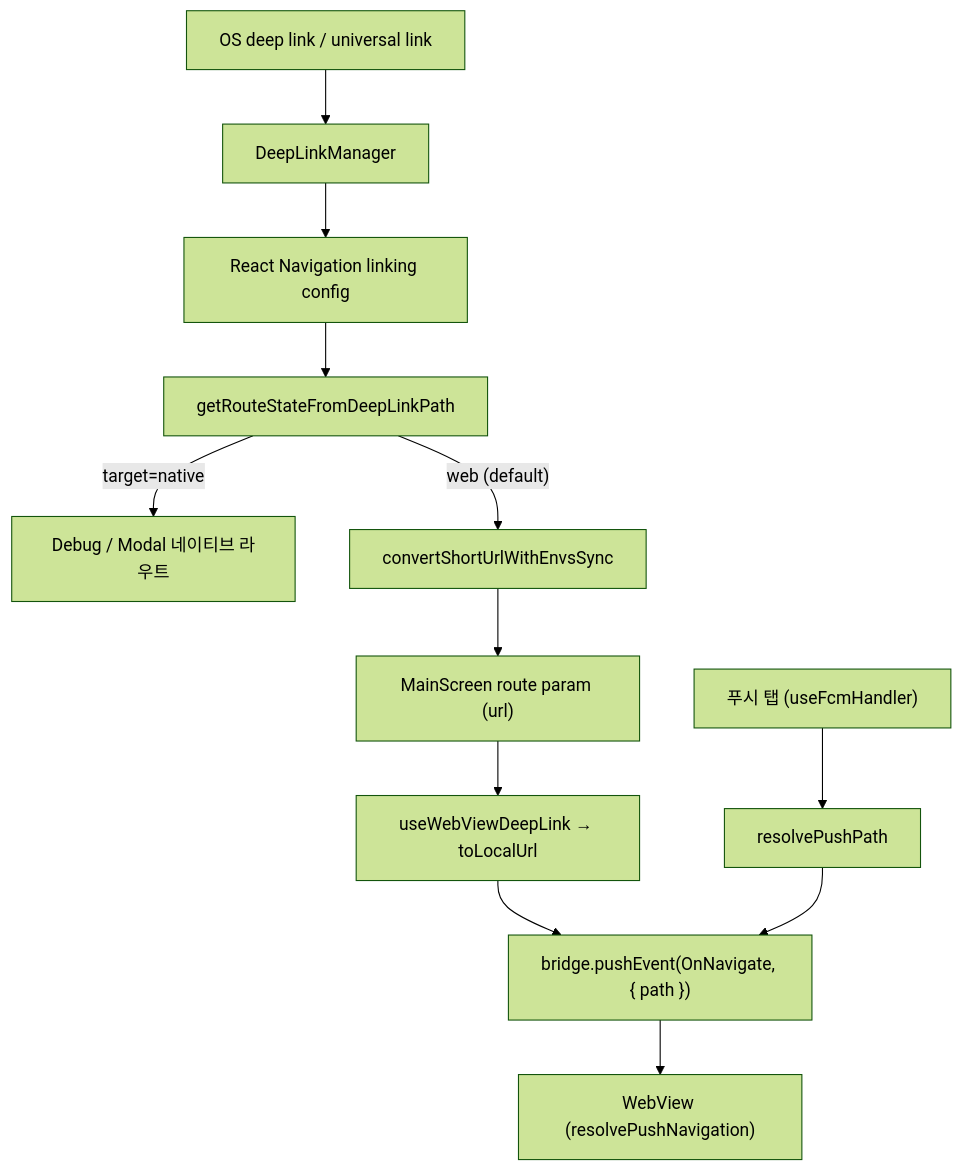
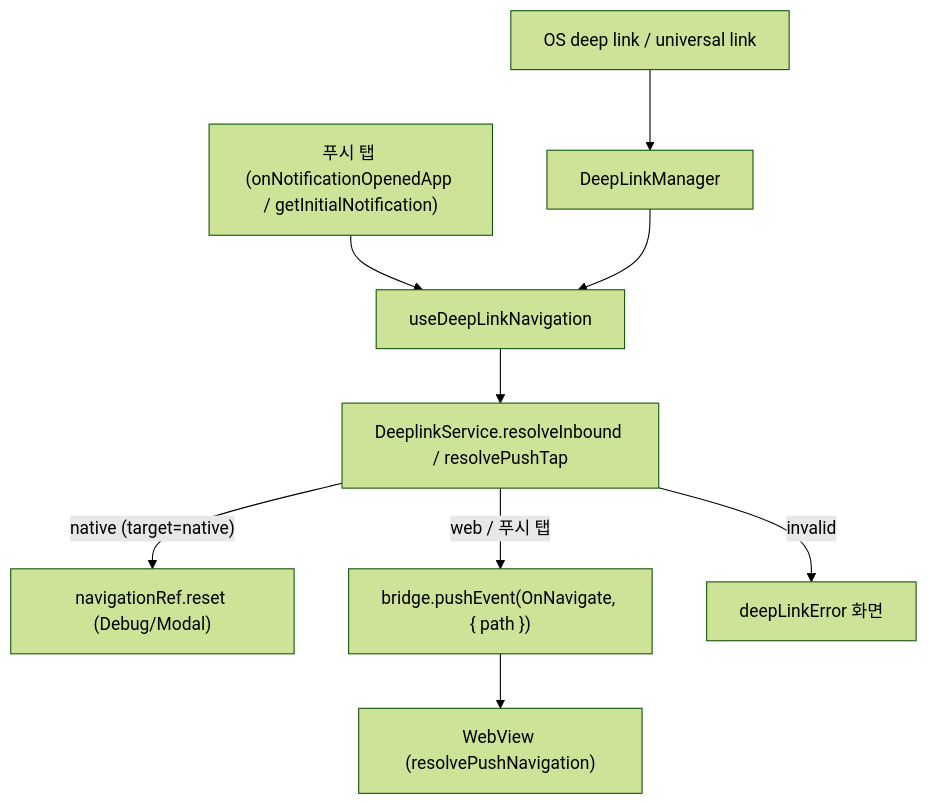
The diagram in apps/mobile/docs/deeplink.md (lemoncloud-io/dou-app), drawn with Mermaid (forest theme) before and after one commit. The commit also changed other lines of this file and 19 other files, not shown here.

First line of the commit message:
refactor(mobile/push-deeplink): converge inbound navigation on DeeplinkService + OnNavigate

````diff
--- a/apps/mobile/docs/deeplink.md
+++ b/apps/mobile/docs/deeplink.md
@@ -21,16 +21,11 @@
 ```mermaid
 flowchart TD
     OS["OS deep link / universal link"] --> Manager["DeepLinkManager"]
-    Manager --> Linking["React Navigation linking config"]
-    Linking --> RouteState["getRouteStateFromDeepLinkPath"]
-    RouteState -->|"target=native"| Native["Debug / Modal 네이티브 라우트"]
-    RouteState -->|"web (default)"| Convert["convertShortUrlWithEnvsSync"]
-    Convert --> Param["MainScreen route param (url)"]
-    Param --> Hook["useWebViewDeepLink → toLocalUrl"]
-
-    Push["푸시 탭 (useFcmHandler)"] --> ResolvePush["resolvePushPath"]
-
-    Hook --> Navigate["bridge.pushEvent(OnNavigate, { path })"]
-    ResolvePush --> Navigate
+    Push["푸시 탭 (onNotificationOpenedApp / getInitialNotification)"] --> Coord
+    Manager --> Coord["useDeepLinkNavigation"]
+    Coord --> Resolve["DeeplinkService.resolveInbound / resolvePushTap"]
+    Resolve -->|"native (target=native)"| Native["navigationRef.reset (Debug/Modal)"]
+    Resolve -->|"web / 푸시 탭"| Navigate["bridge.pushEvent(OnNavigate, { path })"]
+    Resolve -->|"invalid"| Error["deepLinkError 화면"]
     Navigate --> Web["WebView (resolvePushNavigation)"]
 ```
````
